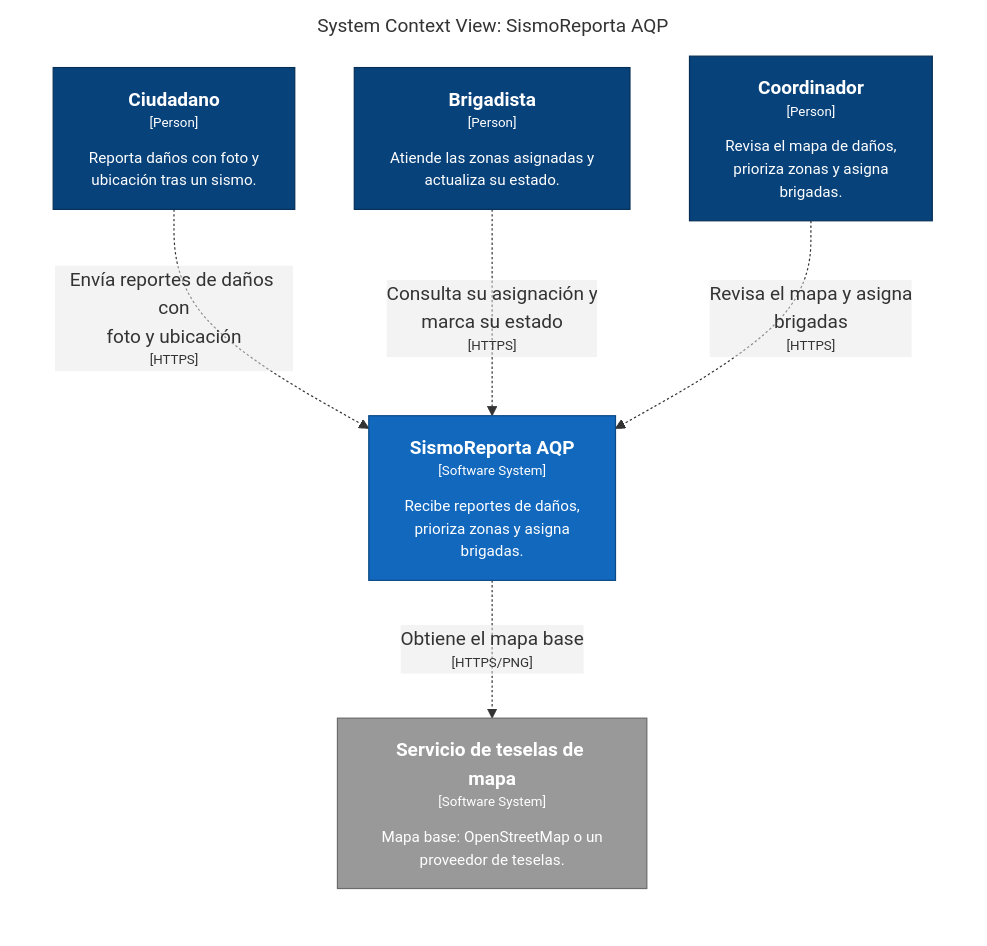
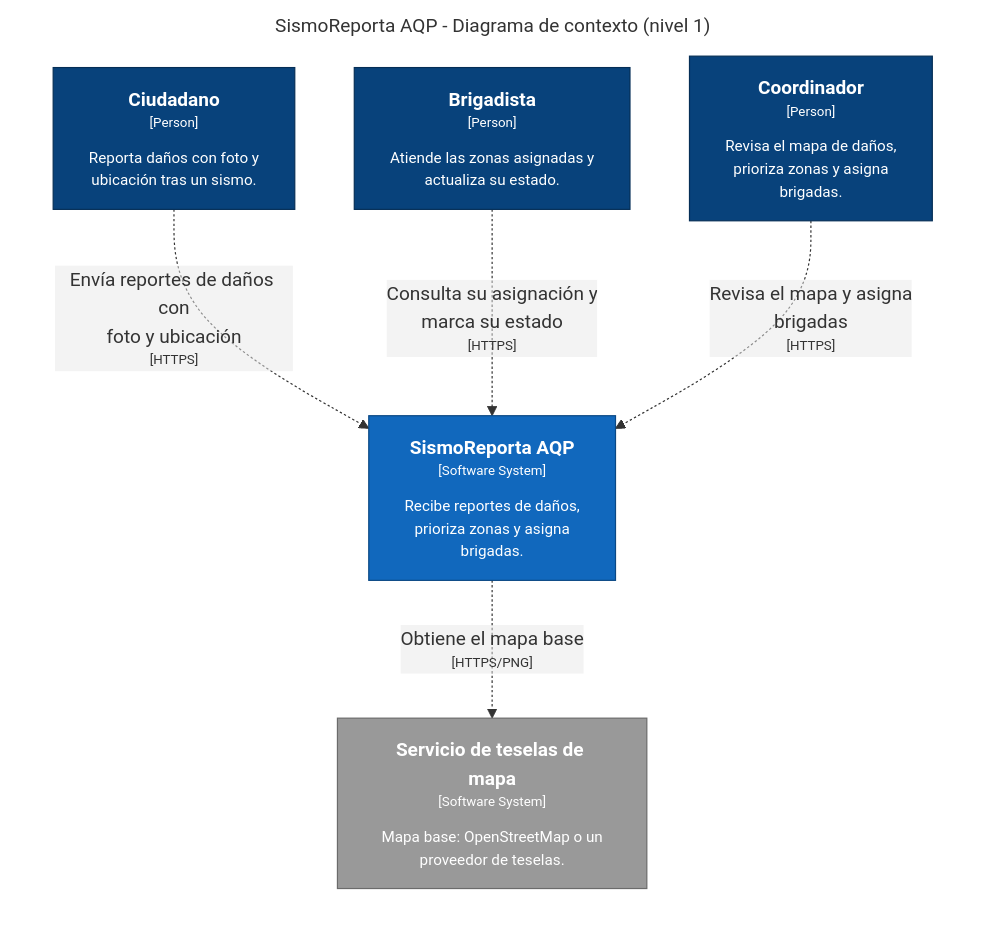
One commit to DavidOliva06/cs-2026b-lab04-grupo06 changed the diagram in docs/architecture/c4/export/structurizr-Contexto.mmd. Above: the diagram before and after it, drawn with Mermaid. The commit also changed 22 other files, not shown here.

```diff
--- a/docs/architecture/c4/export/structurizr-Contexto.mmd
+++ b/docs/architecture/c4/export/structurizr-Contexto.mmd
@@ -1,23 +1,23 @@
 graph LR
   linkStyle default fill:#ffffff
 
-  subgraph diagram ["System Context View: SismoReporta AQP"]
+  subgraph diagram ["SismoReporta AQP - Diagrama de contexto (nivel 1)"]
     style diagram fill:#ffffff,stroke:#ffffff
 
     1["<div style='font-weight: bold'>Ciudadano</div><div style='font-size: 70%; margin-top: 0px'>[Person]</div><div style='font-size: 80%; margin-top:10px'>Reporta daños con foto y<br />ubicación tras un sismo.</div>"]
     style 1 fill:#08427b,stroke:#052e56,color:#ffffff
     15["<div style='font-weight: bold'>Servicio de teselas de mapa</div><div style='font-size: 70%; margin-top: 0px'>[Software System]</div><div style='font-size: 80%; margin-top:10px'>Mapa base: OpenStreetMap o un<br />proveedor de teselas.</div>"]
     style 15 fill:#999999,stroke:#6b6b6b,color:#ffffff
     2["<div style='font-weight: bold'>Brigadista</div><div style='font-size: 70%; margin-top: 0px'>[Person]</div><div style='font-size: 80%; margin-top:10px'>Atiende las zonas asignadas y<br />actualiza su estado.</div>"]
     style 2 fill:#08427b,stroke:#052e56,color:#ffffff
     3["<div style='font-weight: bold'>Coordinador</div><div style='font-size: 70%; margin-top: 0px'>[Person]</div><div style='font-size: 80%; margin-top:10px'>Revisa el mapa de daños,<br />prioriza zonas y asigna<br />brigadas.</div>"]
     style 3 fill:#08427b,stroke:#052e56,color:#ffffff
     4["<div style='font-weight: bold'>SismoReporta AQP</div><div style='font-size: 70%; margin-top: 0px'>[Software System]</div><div style='font-size: 80%; margin-top:10px'>Recibe reportes de daños,<br />prioriza zonas y asigna<br />brigadas.</div>"]
     style 4 fill:#1168bd,stroke:#0b4884,color:#ffffff
 
     1-. "<div>Envía reportes de daños con<br />foto y ubicación</div><div style='font-size: 70%'>[HTTPS]</div>" .->4
     2-. "<div>Consulta su asignación y<br />marca su estado</div><div style='font-size: 70%'>[HTTPS]</div>" .->4
     3-. "<div>Revisa el mapa y asigna<br />brigadas</div><div style='font-size: 70%'>[HTTPS]</div>" .->4
     4-. "<div>Obtiene el mapa base</div><div style='font-size: 70%'>[HTTPS/PNG]</div>" .->15
 
   end
```
